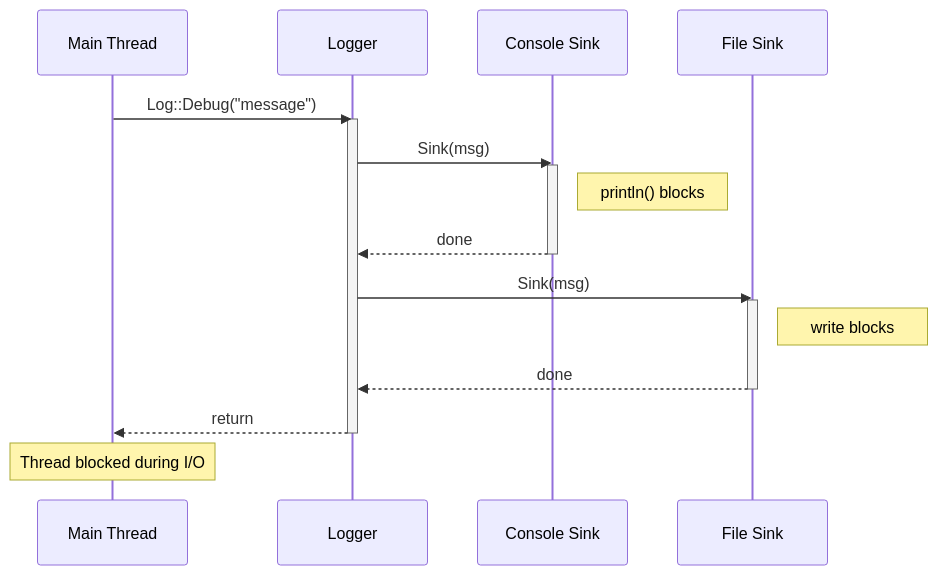
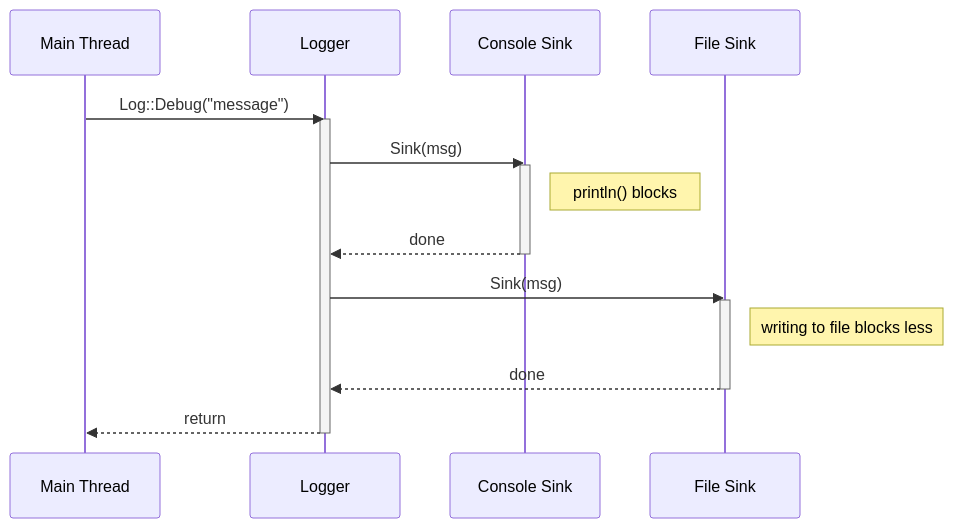
One commit to Tycro-Games/tycro-games.github.io changed the second of 7 diagrams in _posts/2026-01-14-Learning-Multithreading-With-A-Logger.md. Above: the diagram before and after it, drawn with Mermaid. The commit also changed other lines of this file, not shown here.

````diff
--- a/_posts/2026-01-14-Learning-Multithreading-With-A-Logger.md
+++ b/_posts/2026-01-14-Learning-Multithreading-With-A-Logger.md
@@ -288,23 +292,23 @@
 ```mermaid
 sequenceDiagram
     participant Main as Main Thread
     participant Logger
     participant Console as Console Sink
     participant File as File Sink
     
     Main->>Logger: Log::Debug("message")
     activate Logger
     Logger->>Console: Sink(msg)
     activate Console
     Note right of Console: println() blocks
     Console-->>Logger: done
     deactivate Console
     Logger->>File: Sink(msg)
     activate File
-    Note right of File: write blocks
+    Note right of File: writing to file blocks less
     File-->>Logger: done
     deactivate File
     Logger-->>Main: return
     deactivate Logger
-    Note over Main: Thread blocked during I/O
+
 ```
````
